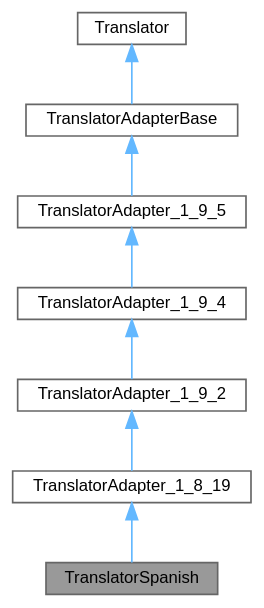
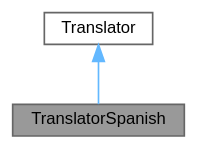
The diagram in d7/da4/class_translator_spanish__inherit__graph.dot (tim-gromeyer/doxygen), drawn with Graphviz before and after one commit. The commit also changed 104 other files, not shown here.

```diff
--- a/d7/da4/class_translator_spanish__inherit__graph.dot
+++ b/d7/da4/class_translator_spanish__inherit__graph.dot
@@ -1,21 +1,11 @@
 digraph "TranslatorSpanish"
 {
  // INTERACTIVE_SVG=YES
  // LATEX_PDF_SIZE
   bgcolor="transparent";
   edge [fontname=Helvetica,fontsize=10,labelfontname=Helvetica,labelfontsize=10];
   node [fontname=Helvetica,fontsize=10,shape=box,height=0.2,width=0.4];
   Node1 [label="TranslatorSpanish",height=0.2,width=0.4,color="gray40", fillcolor="grey60", style="filled", fontcolor="black",tooltip=" "];
   Node2 -> Node1 [dir="back",color="steelblue1",style="solid"];
-  Node2 [label="TranslatorAdapter_1_8_19",height=0.2,width=0.4,color="gray40", fillcolor="white", style="filled",URL="$de/dde/class_translator_adapter__1__8__19.html",tooltip=" "];
-  Node3 -> Node2 [dir="back",color="steelblue1",style="solid"];
-  Node3 [label="TranslatorAdapter_1_9_2",height=0.2,width=0.4,color="gray40", fillcolor="white", style="filled",URL="$d3/d2e/class_translator_adapter__1__9__2.html",tooltip=" "];
-  Node4 -> Node3 [dir="back",color="steelblue1",style="solid"];
-  Node4 [label="TranslatorAdapter_1_9_4",height=0.2,width=0.4,color="gray40", fillcolor="white", style="filled",URL="$d0/d33/class_translator_adapter__1__9__4.html",tooltip=" "];
-  Node5 -> Node4 [dir="back",color="steelblue1",style="solid"];
-  Node5 [label="TranslatorAdapter_1_9_5",height=0.2,width=0.4,color="gray40", fillcolor="white", style="filled",URL="$dd/dba/class_translator_adapter__1__9__5.html",tooltip=" "];
-  Node6 -> Node5 [dir="back",color="steelblue1",style="solid"];
-  Node6 [label="TranslatorAdapterBase",height=0.2,width=0.4,color="gray40", fillcolor="white", style="filled",URL="$db/d6c/class_translator_adapter_base.html",tooltip="Base of the translator adapter tree."];
-  Node7 -> Node6 [dir="back",color="steelblue1",style="solid"];
-  Node7 [label="Translator",height=0.2,width=0.4,color="gray40", fillcolor="white", style="filled",URL="$d8/dfb/class_translator.html",tooltip="Abstract base class for all translatable text fragments."];
+  Node2 [label="Translator",height=0.2,width=0.4,color="gray40", fillcolor="white", style="filled",URL="$d8/dfb/class_translator.html",tooltip="Abstract base class for all translatable text fragments."];
 }
```
